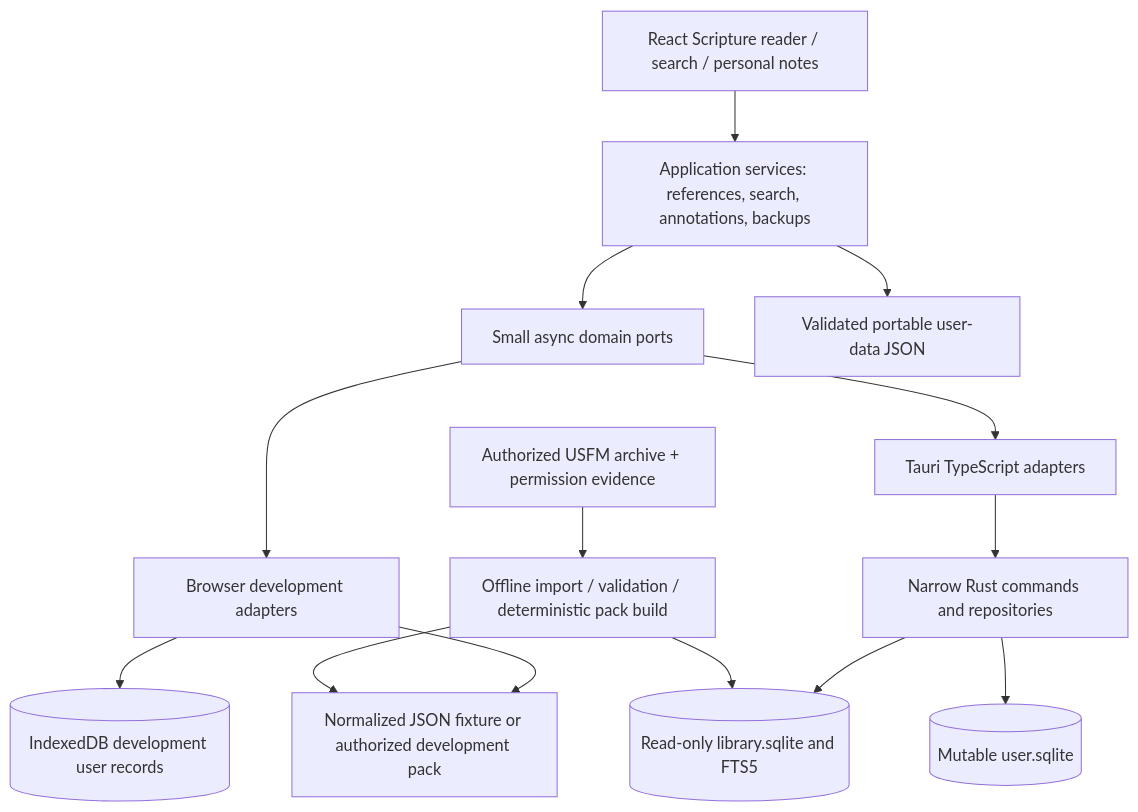
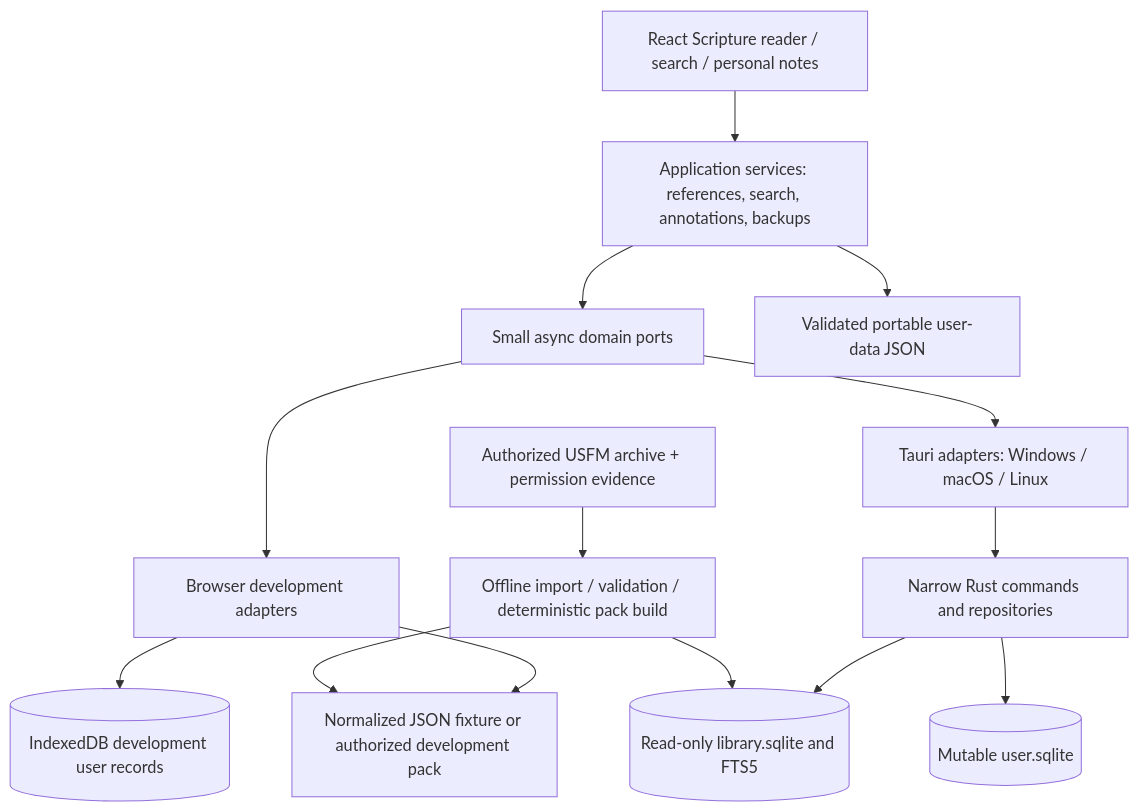
The first of 2 diagrams in docs/ARCHITECTURE.md (zdevzone/afaan_oromo_bible), drawn with Mermaid before and after one commit. The commit also changed other lines of this file and 16 other files, not shown here.

Commit message:
Include Linux in V1 targets, packaging configuration, and native acceptance gates

````diff
--- a/docs/ARCHITECTURE.md
+++ b/docs/ARCHITECTURE.md
@@ -9,26 +11,26 @@
 ```mermaid
 flowchart TB
   UI[React Scripture reader / search / personal notes]
   Services[Application services: references, search, annotations, backups]
   Ports[Small async domain ports]
   Browser[Browser development adapters]
-  Native[Tauri TypeScript adapters]
+  Native[Tauri adapters: Windows / macOS / Linux]
   Commands[Narrow Rust commands and repositories]
   Content[(Read-only library.sqlite and FTS5)]
   User[(Mutable user.sqlite)]
   Fixture[Normalized JSON fixture or authorized development pack]
   IDB[(IndexedDB development user records)]
   Backup[Validated portable user-data JSON]
   Source[Authorized USFM archive + permission evidence]
   Pipeline[Offline import / validation / deterministic pack build]
   UI --> Services --> Ports
   Ports --> Browser
   Ports --> Native --> Commands
   Browser --> Fixture
   Browser --> IDB
   Commands --> Content
   Commands --> User
   Services --> Backup
   Source --> Pipeline --> Content
   Pipeline --> Fixture
 ```
````
